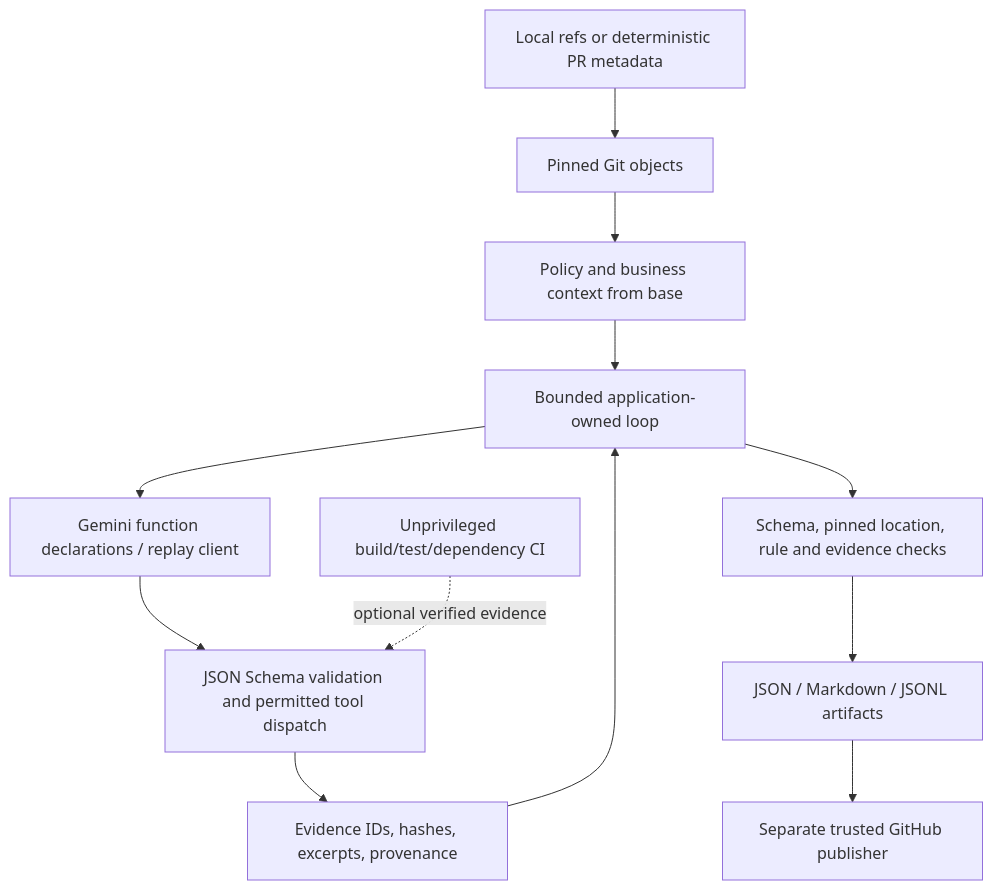
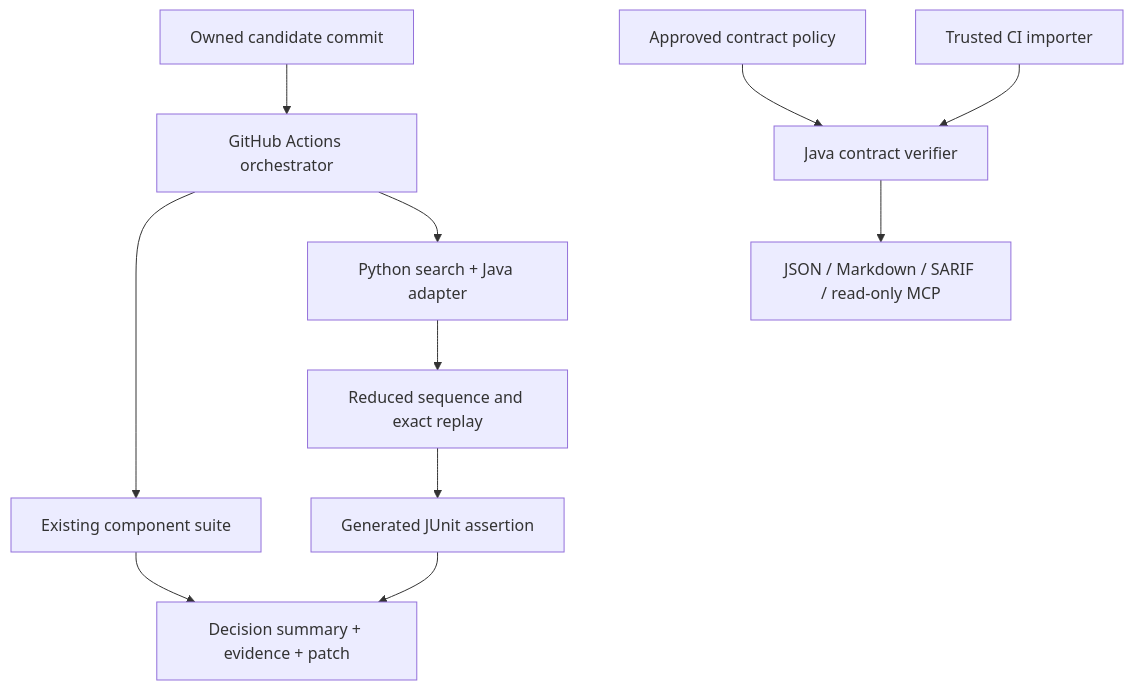
Before and after one commit to alpercandemir/undertow: the diagram in docs/architecture.md, drawn with Mermaid. The commit also changed other lines of this file and 363 other files, not shown here.

````diff
--- a/docs/architecture.md
+++ b/docs/architecture.md
@@ -11,14 +5,13 @@
 ```mermaid
 flowchart TD
-  CLI[Local refs or deterministic PR metadata] --> Git[Pinned Git objects]
-  Git --> Policy[Policy and business context from base]
-  Policy --> Loop[Bounded application-owned loop]
-  Loop --> Model[Gemini function declarations / replay client]
-  Model --> Dispatch[JSON Schema validation and permitted tool dispatch]
-  Dispatch --> Evidence[Evidence IDs, hashes, excerpts, provenance]
-  Evidence --> Loop
-  Loop --> Validate[Schema, pinned location, rule and evidence checks]
-  Validate --> Files[JSON / Markdown / JSONL artifacts]
-  Files --> Publisher[Separate trusted GitHub publisher]
-  CI[Unprivileged build/test/dependency CI] -. optional verified evidence .-> Dispatch
+    PR[Owned candidate commit] --> CI[GitHub Actions orchestrator]
+    CI --> Base[Existing component suite]
+    CI --> Search[Python search + Java adapter]
+    Search --> Case[Reduced sequence and exact replay]
+    Case --> Test[Generated JUnit assertion]
+    Base --> Report[Decision summary + evidence + patch]
+    Test --> Report
+    Owner[Approved contract policy] --> Verify[Java contract verifier]
+    Import[Trusted CI importer] --> Verify
+    Verify --> Agent[JSON / Markdown / SARIF / read-only MCP]
 ```
````
